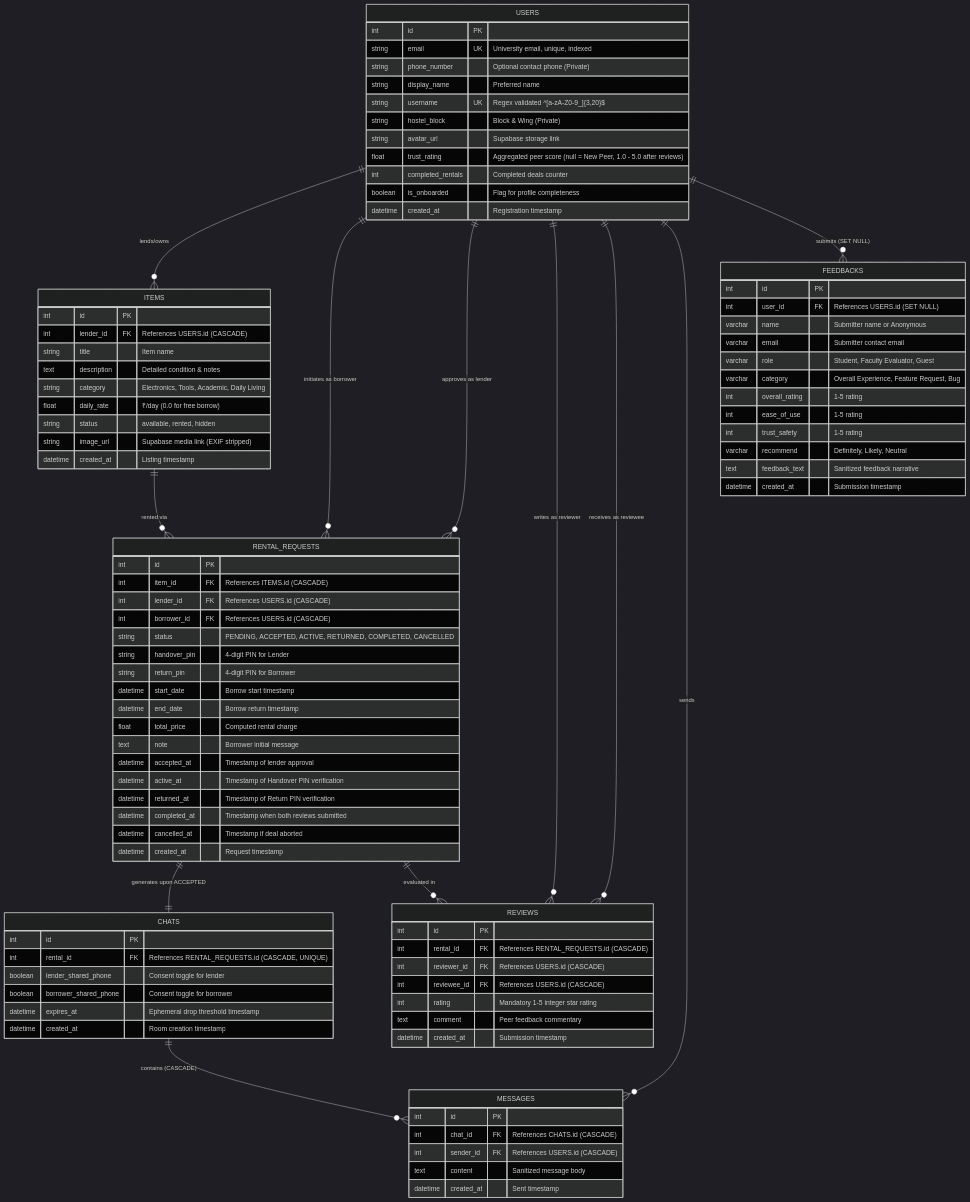
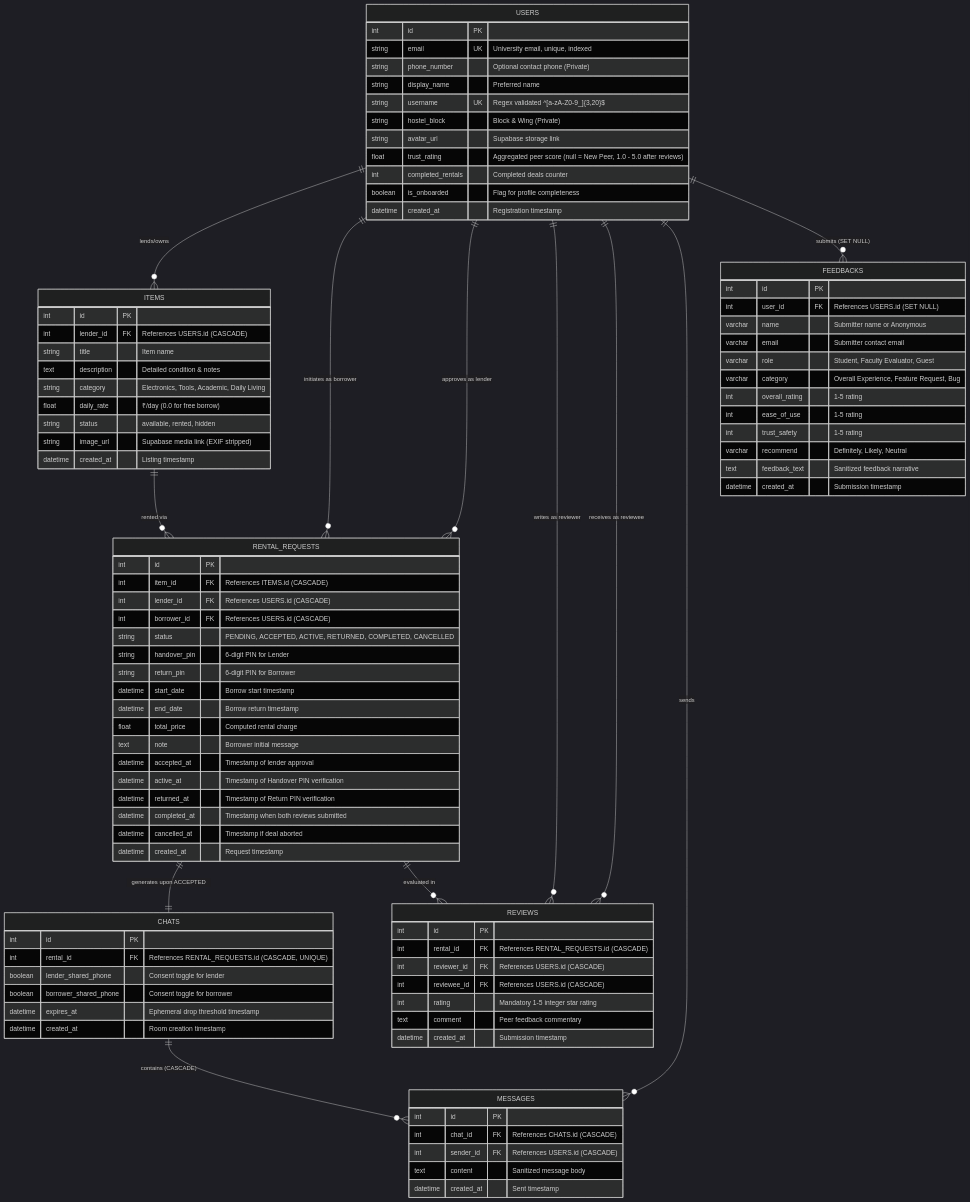
Before and after one commit to 2405380-ship-it/Hostel_rental_service: the diagram in docs/DATABASE_SCHEMA.md, drawn with Mermaid (dark theme). The commit also changed other lines of this file and 14 other files, not shown here.

```diff
--- a/docs/DATABASE_SCHEMA.md
+++ b/docs/DATABASE_SCHEMA.md
@@ -58,8 +58,8 @@
         int lender_id FK "References USERS.id (CASCADE)"
         int borrower_id FK "References USERS.id (CASCADE)"
         string status "PENDING, ACCEPTED, ACTIVE, RETURNED, COMPLETED, CANCELLED"
-        string handover_pin "4-digit PIN for Lender"
-        string return_pin "4-digit PIN for Borrower"
+        string handover_pin "6-digit PIN for Lender"
+        string return_pin "6-digit PIN for Borrower"
         datetime start_date "Borrow start timestamp"
         datetime end_date "Borrow return timestamp"
         float total_price "Computed rental charge"
```
